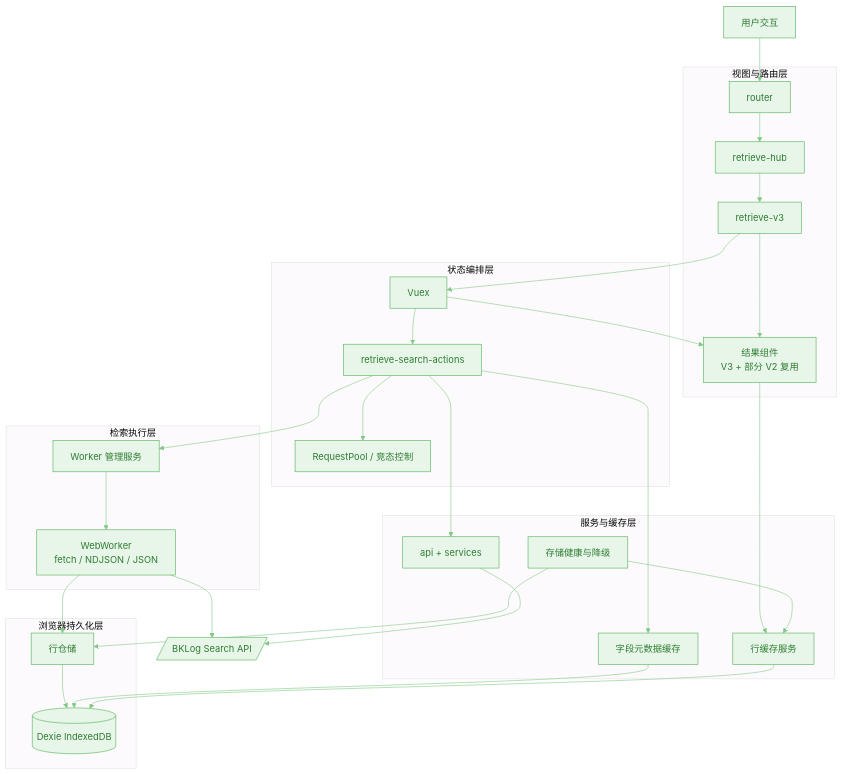
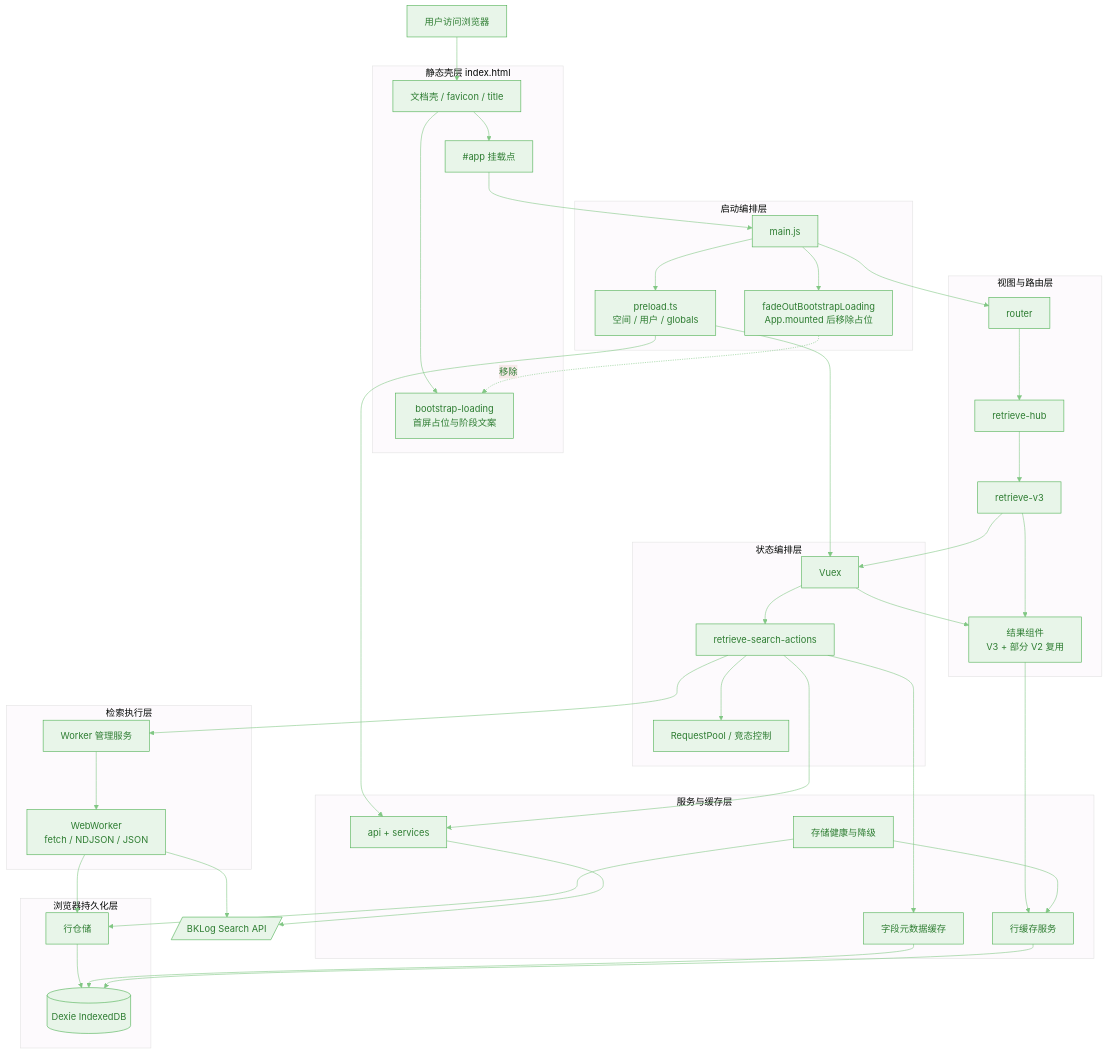
One commit to TencentBlueKing/bk-monitor changed the diagram in bklog/web/.docs/diagrams/K-分层架构全景图.mmd. Above: the diagram before and after it, drawn with Mermaid. The commit also changed 11 other files, not shown here.

Commit message:
feat: update diagrams

```diff
--- a/bklog/web/.docs/diagrams/K-分层架构全景图.mmd
+++ b/bklog/web/.docs/diagrams/K-分层架构全景图.mmd
@@ -1,45 +1,65 @@
 %%{init: {'theme': 'base', 'themeVariables': {'primaryColor': '#e8f5e9', 'primaryTextColor': '#2e7d32', 'primaryBorderColor': '#4caf50', 'lineColor': '#81c784'}}}%%
 graph TB
-  USER[用户交互]
+  USER[用户访问浏览器]
+  subgraph SHELL[静态壳层 index.html]
+    HTML[文档壳 / favicon / title]
+    LOADING[bootstrap-loading<br/>首屏占位与阶段文案]
+    APPMOUNT["#app 挂载点"]
+  end
+  subgraph BOOT[启动编排层]
+    MAIN[main.js]
+    PRELOAD[preload.ts<br/>空间 / 用户 / globals]
+    FADE[fadeOutBootstrapLoading<br/>App.mounted 后移除占位]
+  end
   subgraph VIEW[视图与路由层]
     ROUTER[router]
     HUB[retrieve-hub]
     V3[retrieve-v3]
     RESULT[结果组件<br/>V3 + 部分 V2 复用]
   end
   subgraph STATE[状态编排层]
     STORE[Vuex]
     ACTIONS[retrieve-search-actions]
     REQUESTPOOL[RequestPool / 竞态控制]
   end
   subgraph SERVICE[服务与缓存层]
     API[api + services]
     FIELDS[字段元数据缓存]
     ROWCACHE[行缓存服务]
     HEALTH[存储健康与降级]
   end
   subgraph WORKER[检索执行层]
     WS[Worker 管理服务]
     WW[WebWorker<br/>fetch / NDJSON / JSON]
   end
   subgraph STORAGE[浏览器持久化层]
     REPO[行仓储]
     IDB[(Dexie IndexedDB)]
   end
   BACKEND[/BKLog Search API/]
 
-  USER --> ROUTER --> HUB --> V3 --> RESULT
+  USER --> HTML
+  HTML --> LOADING
+  HTML --> APPMOUNT
+  APPMOUNT --> MAIN
+  MAIN --> PRELOAD
+  PRELOAD --> STORE
+  PRELOAD --> API
+  MAIN --> ROUTER
+  MAIN --> FADE
+  FADE -.->|移除| LOADING
+  ROUTER --> HUB --> V3 --> RESULT
   V3 --> STORE
   STORE --> ACTIONS
   ACTIONS --> REQUESTPOOL
   ACTIONS --> API
   ACTIONS --> FIELDS
   ACTIONS --> WS
   API --> BACKEND
   WS --> WW --> BACKEND
   WW --> REPO --> IDB
   FIELDS --> IDB
   RESULT --> ROWCACHE --> IDB
   HEALTH --> ROWCACHE
   HEALTH --> REPO
   STORE --> RESULT
```
